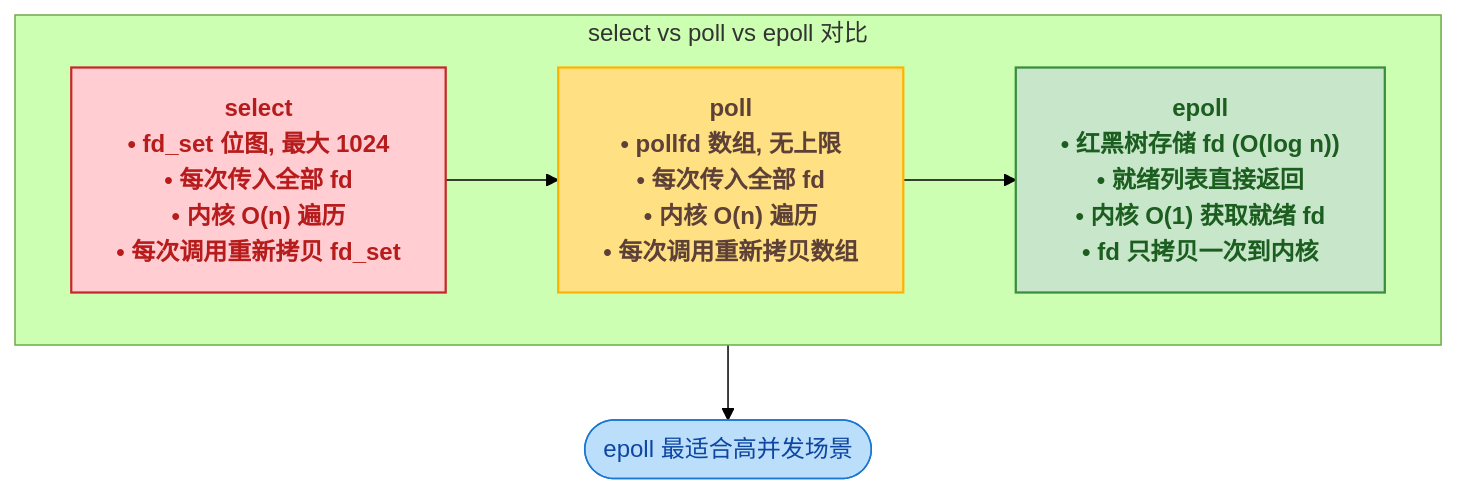
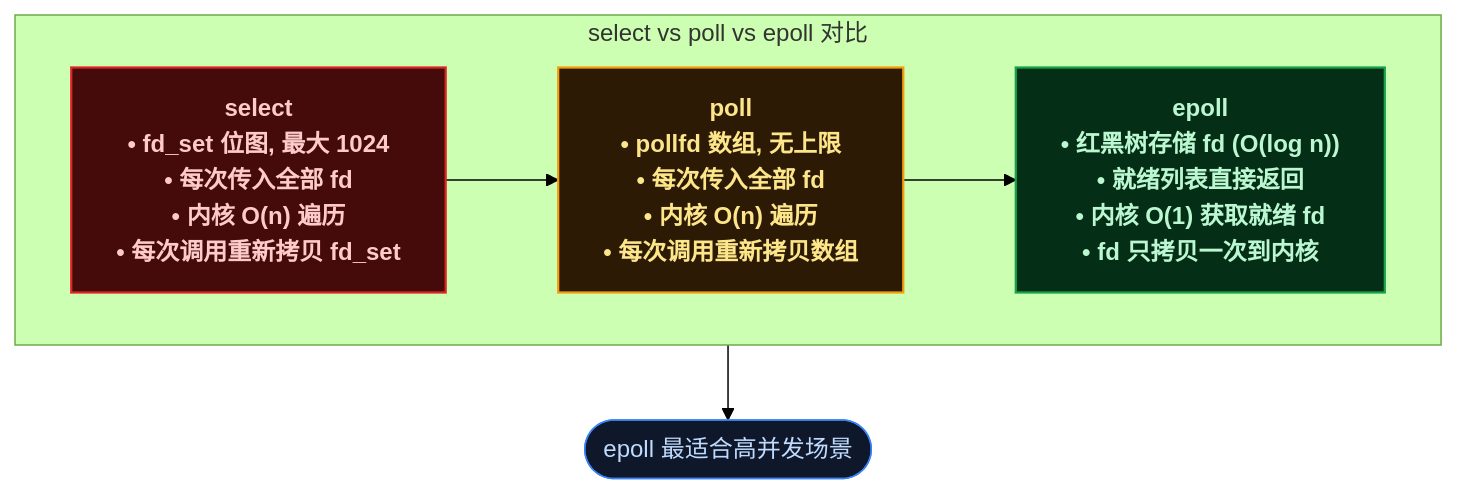
The second of 11 diagrams in content/posts/io/JavaNIO.md (yaocat55/yaocat55.github.io), drawn with Mermaid (forest theme) before and after one commit. The commit also changed other lines of this file and 155 other files, not shown here.

````diff
--- a/content/posts/io/JavaNIO.md
+++ b/content/posts/io/JavaNIO.md
@@ -115,28 +115,28 @@
 ```mermaid
 flowchart TD
     %% ==========================================
     %% 样式定义
     %% ==========================================
-    classDef select fill:#FFCDD2,stroke:#C62828,stroke-width:1.5px,color:#B71C1C,font-weight:bold;
-    classDef poll fill:#FFE082,stroke:#FFB300,stroke-width:1.5px,color:#5D4037,font-weight:bold;
-    classDef epoll fill:#C8E6C9,stroke:#388E3C,stroke-width:1.5px,color:#1B5E20,font-weight:bold;
-    classDef key fill:#BBDEFB,stroke:#1976D2,stroke-width:1px,color:#0D47A1;
+classDef select fill:#450a0a,stroke:#dc2626,stroke-width:1.5px,color:#fecaca,font-weight:bold;
+classDef poll fill:#2d1a05,stroke:#f59e0b,stroke-width:1.5px,color:#fde68a,font-weight:bold;
+classDef epoll fill:#052e16,stroke:#16a34a,stroke-width:1.5px,color:#bbf7d0,font-weight:bold;
+classDef key fill:#0f172a,stroke:#3b82f6,stroke-width:1px,color:#bfdbfe;
 
     %% ==========================================
     %% select vs poll vs epoll
     %% ==========================================
     subgraph COMPARE ["select vs poll vs epoll 对比"]
         direction LR
         S["select\n• fd_set 位图, 最大 1024\n• 每次传入全部 fd\n• 内核 O(n) 遍历\n• 每次调用重新拷贝 fd_set"]
         P["poll\n• pollfd 数组, 无上限\n• 每次传入全部 fd\n• 内核 O(n) 遍历\n• 每次调用重新拷贝数组"]
         E["epoll\n• 红黑树存储 fd (O(log n))\n• 就绪列表直接返回\n• 内核 O(1) 获取就绪 fd\n• fd 只拷贝一次到内核"]
     end
 
     S --> P --> E
     E --> BEST([epoll 最适合高并发场景])
 
     class S select;
     class P poll;
     class E epoll;
     class BEST key;
 ```
````
